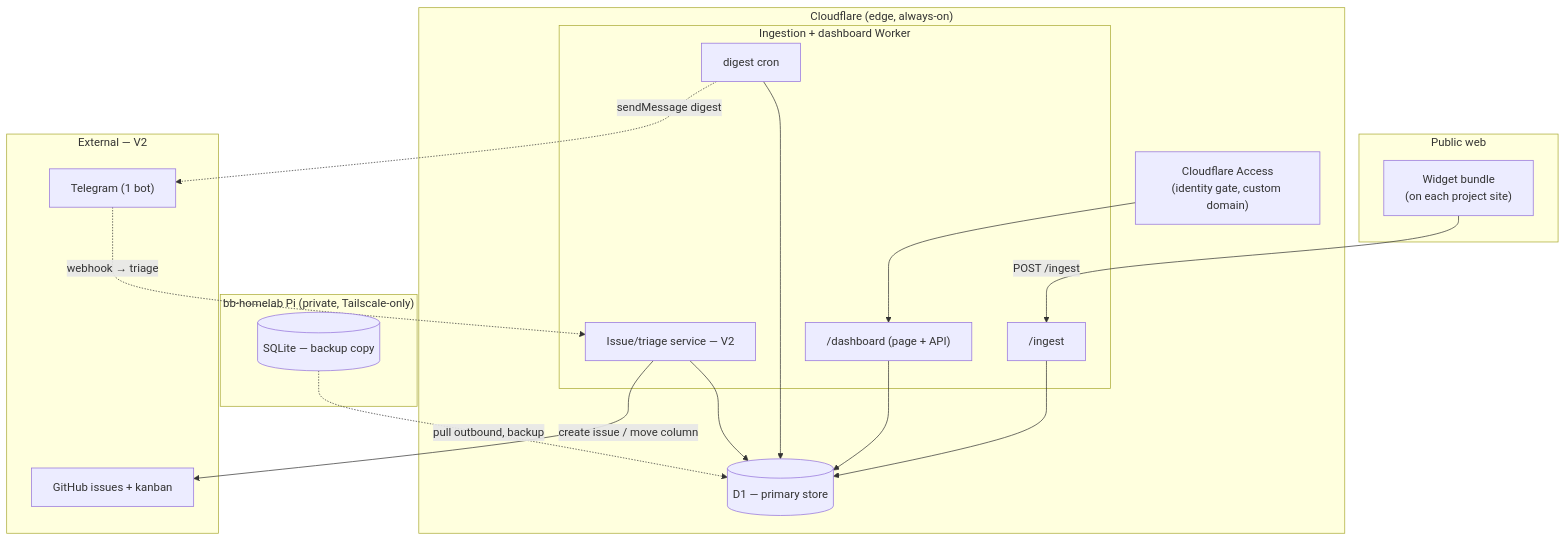
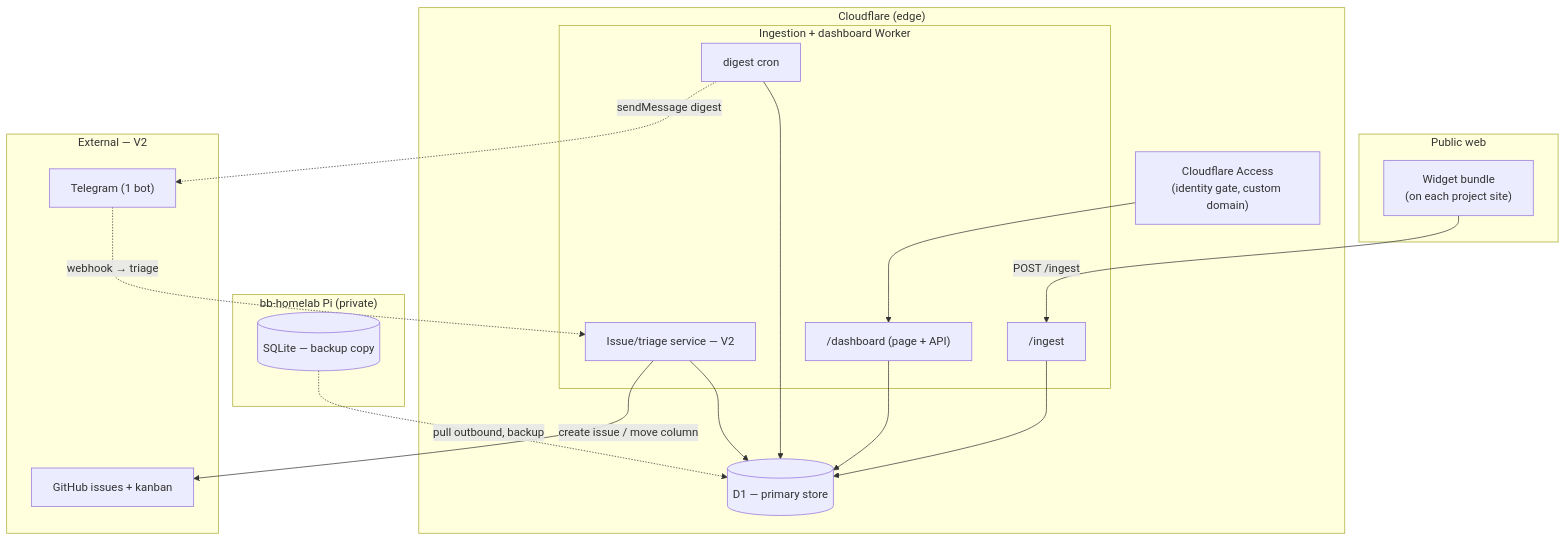
Before and after one commit to benoit-bremaud/feedback-widget: the diagram in docs/architecture/diagrams/feedback-dashboard/03-component.md, drawn with Mermaid.

Commit message:
docs(feedback-dashboard/architecture): shorten subgraph titles to avoid clipping

````diff
--- a/docs/architecture/diagrams/feedback-dashboard/03-component.md
+++ b/docs/architecture/diagrams/feedback-dashboard/03-component.md
@@ -15,37 +15,37 @@
 ```mermaid
 flowchart TB
   subgraph Public ["Public web"]
     Widget["Widget bundle<br/>(on each project site)"]
   end
 
-  subgraph CF ["Cloudflare (edge, always-on)"]
+  subgraph CF ["Cloudflare (edge)"]
     Access["Cloudflare Access<br/>(identity gate, custom domain)"]
     subgraph Worker ["Ingestion + dashboard Worker"]
       Ingest["/ingest"]
       Dash["/dashboard (page + API)"]
       Triage["Issue/triage service — V2"]
       Cron["digest cron"]
     end
     D1[("D1 — primary store")]
   end
 
-  subgraph Home ["bb-homelab Pi (private, Tailscale-only)"]
+  subgraph Home ["bb-homelab Pi (private)"]
     Backup[("SQLite — backup copy")]
   end
 
   subgraph Ext ["External — V2"]
     GitHub["GitHub issues + kanban"]
     Telegram["Telegram (1 bot)"]
   end
 
   Widget -->|POST /ingest| Ingest
   Ingest --> D1
   Dash --> D1
   Triage --> D1
   Cron --> D1
   Access --> Dash
   Backup -.->|pull outbound, backup| D1
   Triage -->|create issue / move column| GitHub
   Telegram -.->|webhook → triage| Triage
   Cron -.->|sendMessage digest| Telegram
 ```
````
